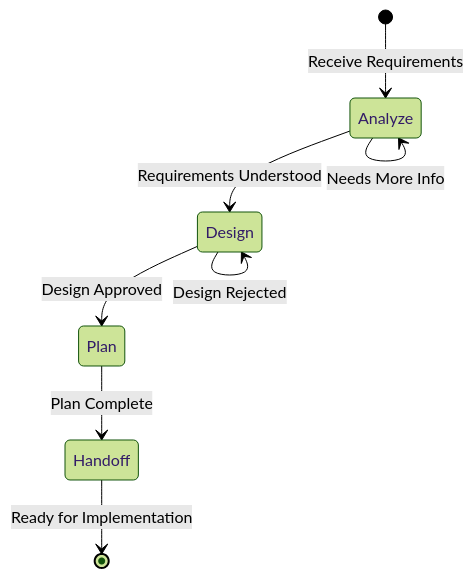
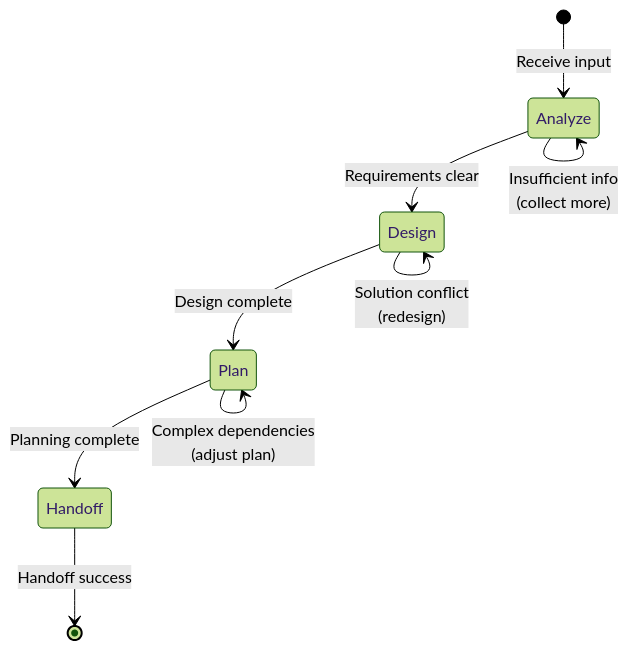
The diagram in monoco/features/agent/resources/en/skills/monoco_workflow_agent_planner/SKILL.md (IndenScale/monoco-toolkit), drawn with Mermaid (forest theme) before and after one commit. The commit also changed other lines of this file and 17 other files, not shown here.

````diff
--- a/monoco/features/agent/resources/en/skills/monoco_workflow_agent_planner/SKILL.md
+++ b/monoco/features/agent/resources/en/skills/monoco_workflow_agent_planner/SKILL.md
@@ -15,14 +16,15 @@
 ```mermaid
 stateDiagram-v2
-    [*] --> Analyze: Receive Requirements
+    [*] --> Analyze: Receive input
     
-    Analyze --> Design: Requirements Understood
-    Analyze --> Analyze: Needs More Info
+    Analyze --> Design: Requirements clear
+    Analyze --> Analyze: Insufficient info<br/>(collect more)
     
-    Design --> Plan: Design Approved
-    Design --> Design: Design Rejected
+    Design --> Plan: Design complete
+    Design --> Design: Solution conflict<br/>(redesign)
     
-    Plan --> Handoff: Plan Complete
+    Plan --> Handoff: Planning complete
+    Plan --> Plan: Complex dependencies<br/>(adjust plan)
     
-    Handoff --> [*]: Ready for Implementation
+    Handoff --> [*]: Handoff success
 ```
````
